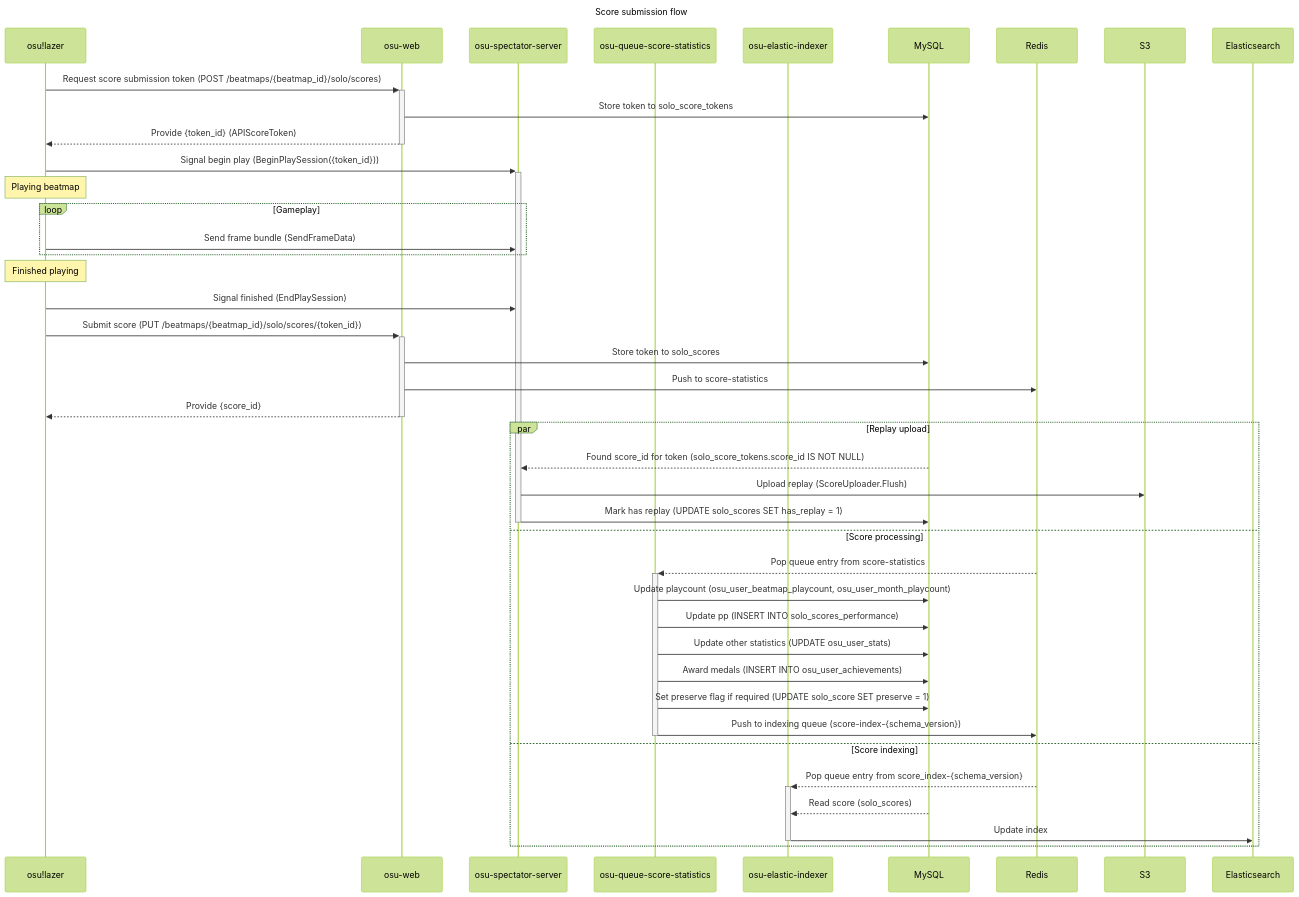
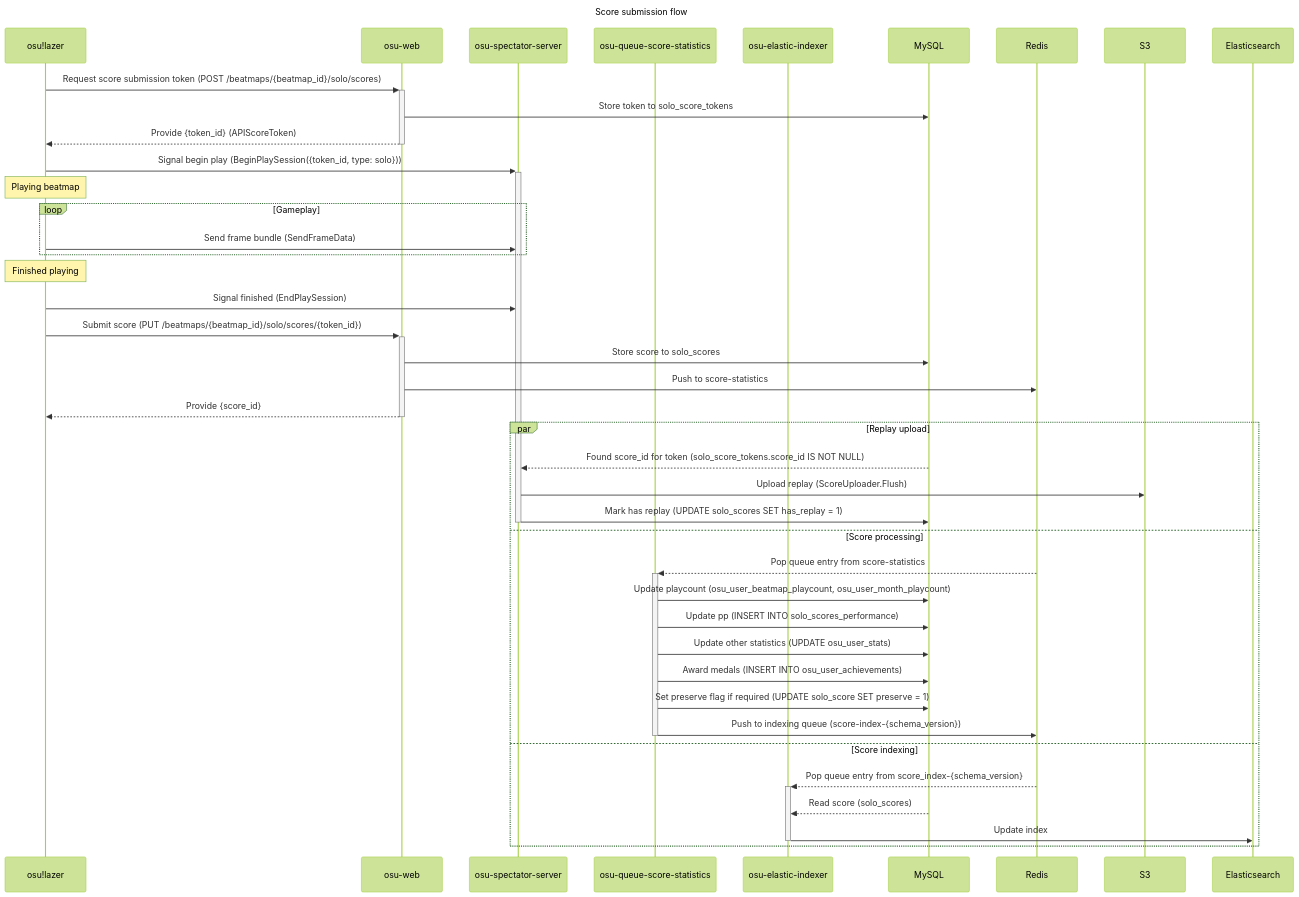
Before and after one commit to ppy/osu-infrastructure: the first of 2 diagrams in score-submission.md, drawn with Mermaid (forest theme). The commit also changed other lines of this file, not shown here.

First line of the commit message:
Document multiplayer score submission flow

````diff
--- a/score-submission.md
+++ b/score-submission.md
@@ -3,53 +5,53 @@
 ```mermaid
 
 sequenceDiagram title Score submission flow
     participant C as osu!lazer
     participant W as osu-web
     participant S as osu-spectator-server
     participant QS as osu-queue-score-statistics
     participant QE as osu-elastic-indexer
     participant DB as MySQL
     participant R as Redis
     participant S3
     participant ES as Elasticsearch
 
     C->>+W: Request score submission token (POST /beatmaps/{beatmap_id}/solo/scores)
 
     W->>DB: Store token to solo_score_tokens
     W-->>-C: Provide {token_id} (APIScoreToken)
 
-    C->>+S: Signal begin play (BeginPlaySession({token_id}))
+    C->>+S: Signal begin play (BeginPlaySession({token_id, type: solo}))
     Note over C: Playing beatmap
 
     loop Gameplay
         C->>S: Send frame bundle (SendFrameData)
     end
 
     Note over C: Finished playing
     C->>S: Signal finished (EndPlaySession)
 
     C->>+W: Submit score (PUT /beatmaps/{beatmap_id}/solo/scores/{token_id})
-    W->>DB: Store token to solo_scores
+    W->>DB: Store score to solo_scores
     W->>R: Push to score-statistics
     W-->>-C: Provide {score_id}
     
     # TODO: anticheat flow should probably be inserted here, redirecting to a separate queue
     
     par Replay upload
         DB-->>S: Found score_id for token (solo_score_tokens.score_id IS NOT NULL)
         S->>S3: Upload replay (ScoreUploader.Flush)
         S->>-DB: Mark has replay (UPDATE solo_scores SET has_replay = 1)
     and Score processing
         R-->>+QS: Pop queue entry from score-statistics
         QS->>DB: Update playcount (osu_user_beatmap_playcount, osu_user_month_playcount)
         QS->>DB: Update pp (INSERT INTO solo_scores_performance)
         QS->>DB: Update other statistics (UPDATE osu_user_stats)
         QS->>DB: Award medals (INSERT INTO osu_user_achievements)
         QS->>DB: Set preserve flag if required (UPDATE solo_score SET preserve = 1)
         QS->>-R: Push to indexing queue (score-index-{schema_version})
     and Score indexing
         R-->>+QE: Pop queue entry from score_index-{schema_version}
         DB-->>QE: Read score (solo_scores)
         QE->>-ES: Update index
     end
 ```
````
